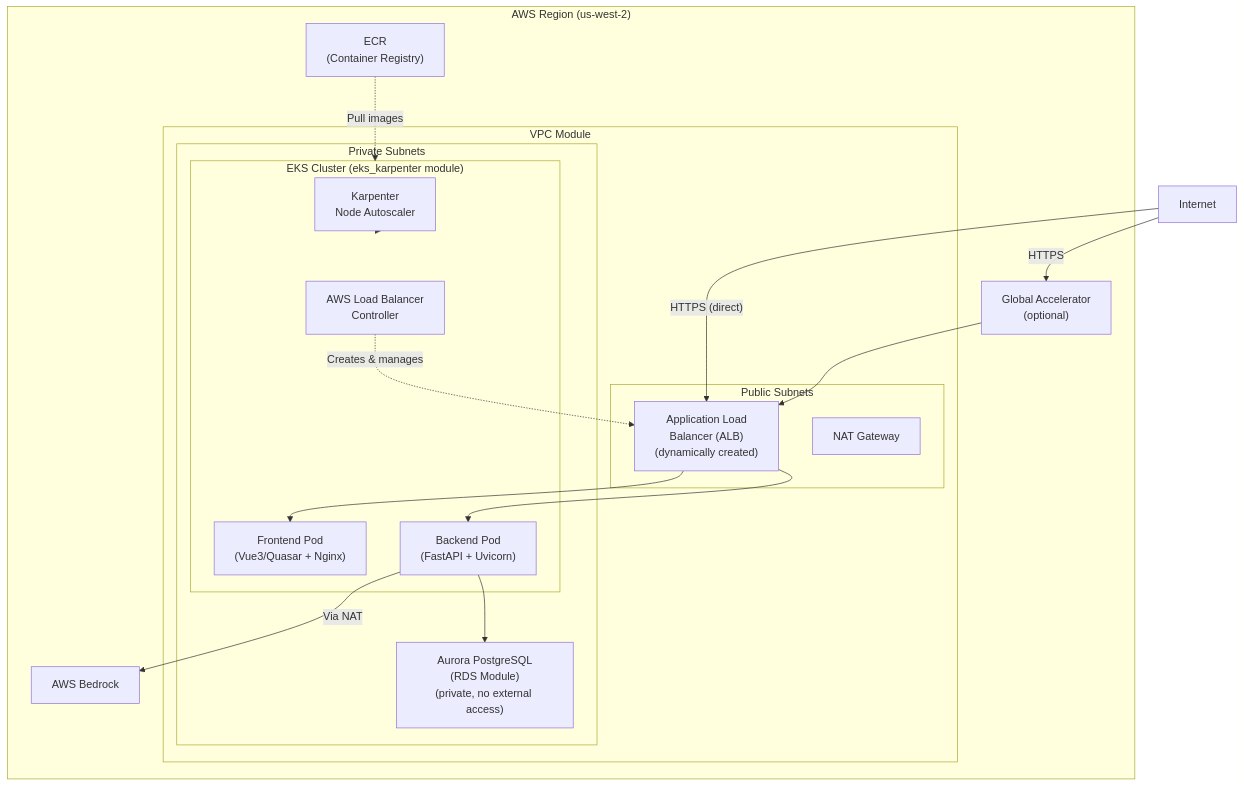
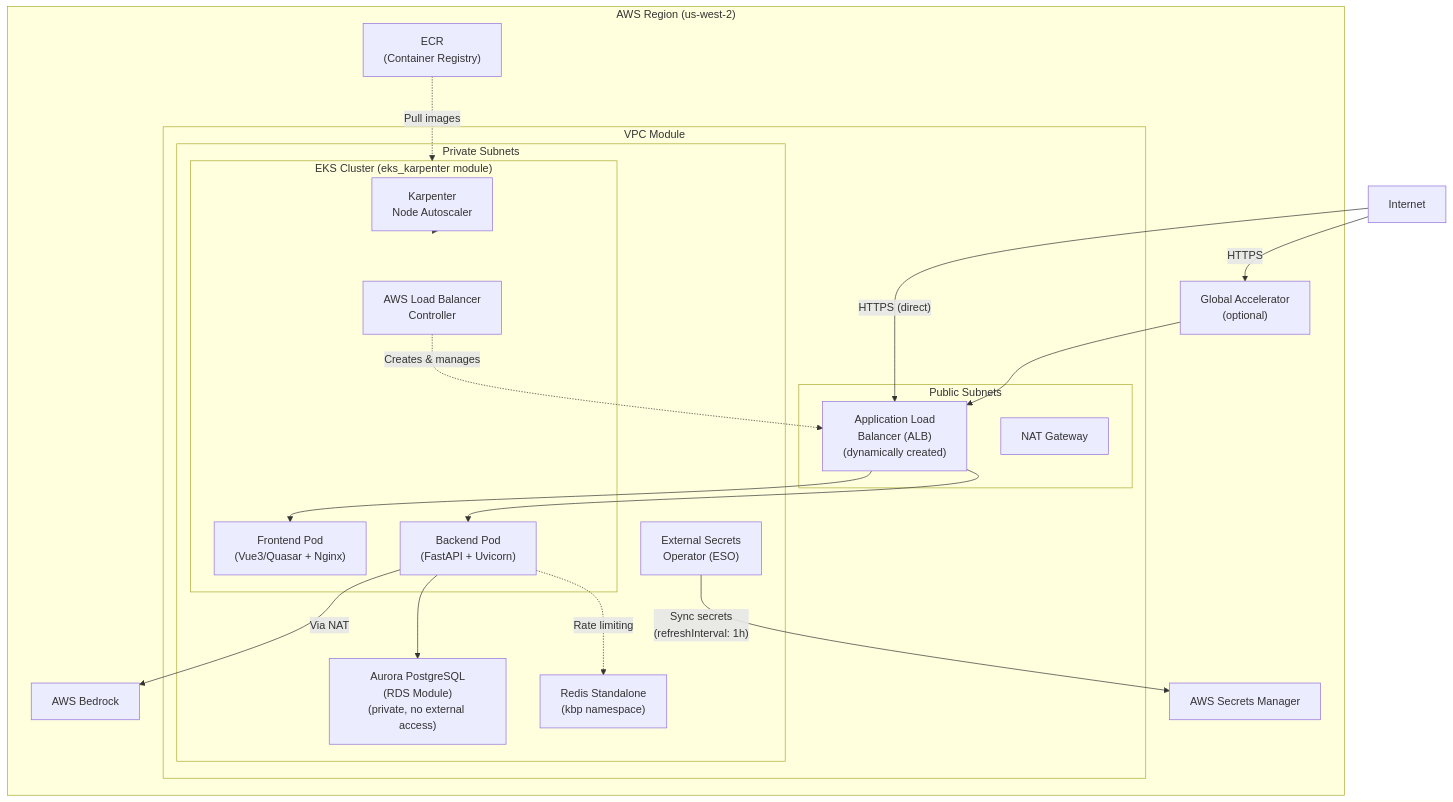
Before and after one commit to aws-samples/sample-kolya-br-proxy: the fifth of 9 diagrams in docs/architecture.md, drawn with Mermaid. The commit also changed other lines of this file and 45 other files, not shown here.

````diff
--- a/docs/architecture.md
+++ b/docs/architecture.md
@@ -374,36 +376,41 @@
 ```mermaid
 graph TD
     subgraph AWS_Region ["AWS Region (us-west-2)"]
         subgraph VPC ["VPC Module"]
             subgraph Public_Subnets ["Public Subnets"]
                 ALB["Application Load<br/>Balancer (ALB)<br/>(dynamically created)"]
                 NAT["NAT Gateway"]
             end
 
             subgraph Private_Subnets ["Private Subnets"]
                 subgraph EKS ["EKS Cluster (eks_karpenter module)"]
                     Karpenter["Karpenter<br/>Node Autoscaler"]
                     LBC["AWS Load Balancer<br/>Controller"]
                     FrontendPod["Frontend Pod<br/>(Vue3/Quasar + Nginx)"]
                     BackendPod["Backend Pod<br/>(FastAPI + Uvicorn)"]
                 end
                 Aurora["Aurora PostgreSQL<br/>(RDS Module)<br/>(private, no external access)"]
+                Redis_Pod["Redis Standalone<br/>(kbp namespace)"]
+                ESO["External Secrets<br/>Operator (ESO)"]
             end
         end
 
         ECR["ECR<br/>(Container Registry)"]
         Bedrock["AWS Bedrock"]
+        SecretsManager["AWS Secrets Manager"]
         GA["Global Accelerator<br/>(optional)"]
     end
 
     Internet["Internet"] -->|"HTTPS"| GA
     GA --> ALB
     Internet -->|"HTTPS (direct)"| ALB
     ALB --> FrontendPod
     ALB --> BackendPod
     BackendPod -->|"Via NAT"| Bedrock
     BackendPod --> Aurora
+    BackendPod -.->|"Rate limiting"| Redis_Pod
+    ESO -->|"Sync secrets<br/>(refreshInterval: 1h)"| SecretsManager
     Karpenter --> Private_Subnets
     LBC -.->|"Creates & manages"| ALB
     ECR -.->|"Pull images"| EKS
 ```
````
